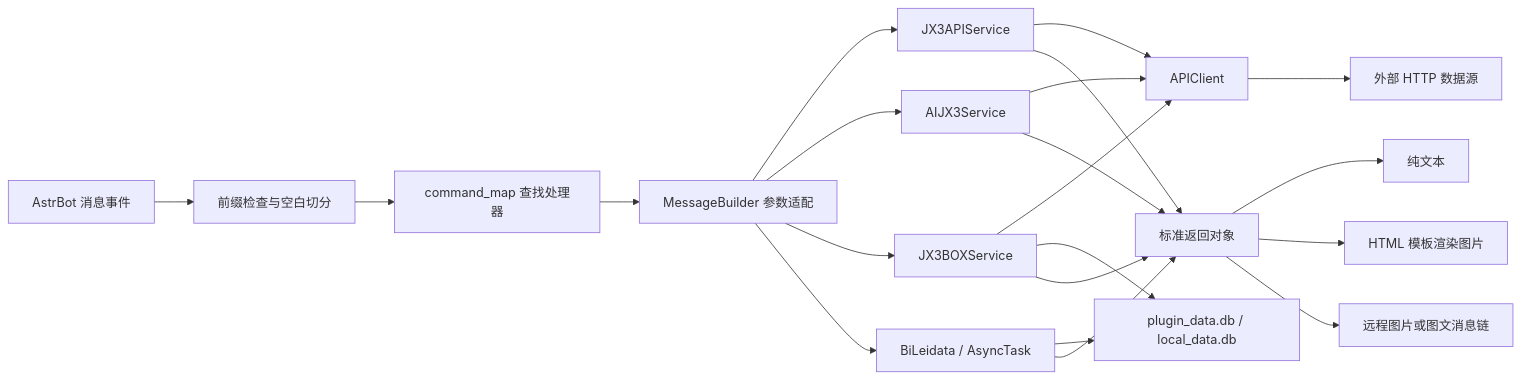
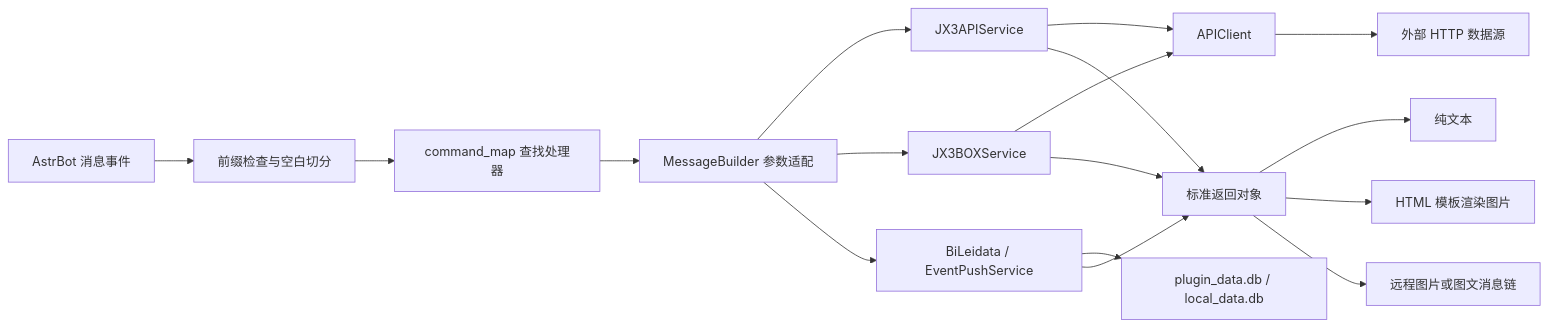
Before and after one commit to link0518/astrbot_plugin_jx3: the diagram in README.md, drawn with Mermaid. The commit also changed other lines of this file and 14 other files, not shown here.

````diff
--- a/README.md
+++ b/README.md
@@ -313,23 +297,19 @@
 ```mermaid
 flowchart LR
     A["AstrBot 消息事件"] --> B["前缀检查与空白切分"]
     B --> C["command_map 查找处理器"]
     C --> D["MessageBuilder 参数适配"]
     D --> E1["JX3APIService"]
-    D --> E2["AIJX3Service"]
-    D --> E3["JX3BOXService"]
-    D --> E4["BiLeidata / AsyncTask"]
+    D --> E2["JX3BOXService"]
+    D --> E3["BiLeidata / EventPushService"]
     E1 --> F["APIClient"]
     E2 --> F
-    E3 --> F
     F --> G["外部 HTTP 数据源"]
     E3 --> H["plugin_data.db / local_data.db"]
-    E4 --> H
     E1 --> I["标准返回对象"]
     E2 --> I
     E3 --> I
-    E4 --> I
     I --> J1["纯文本"]
     I --> J2["HTML 模板渲染图片"]
     I --> J3["远程图片或图文消息链"]
 ```
````
